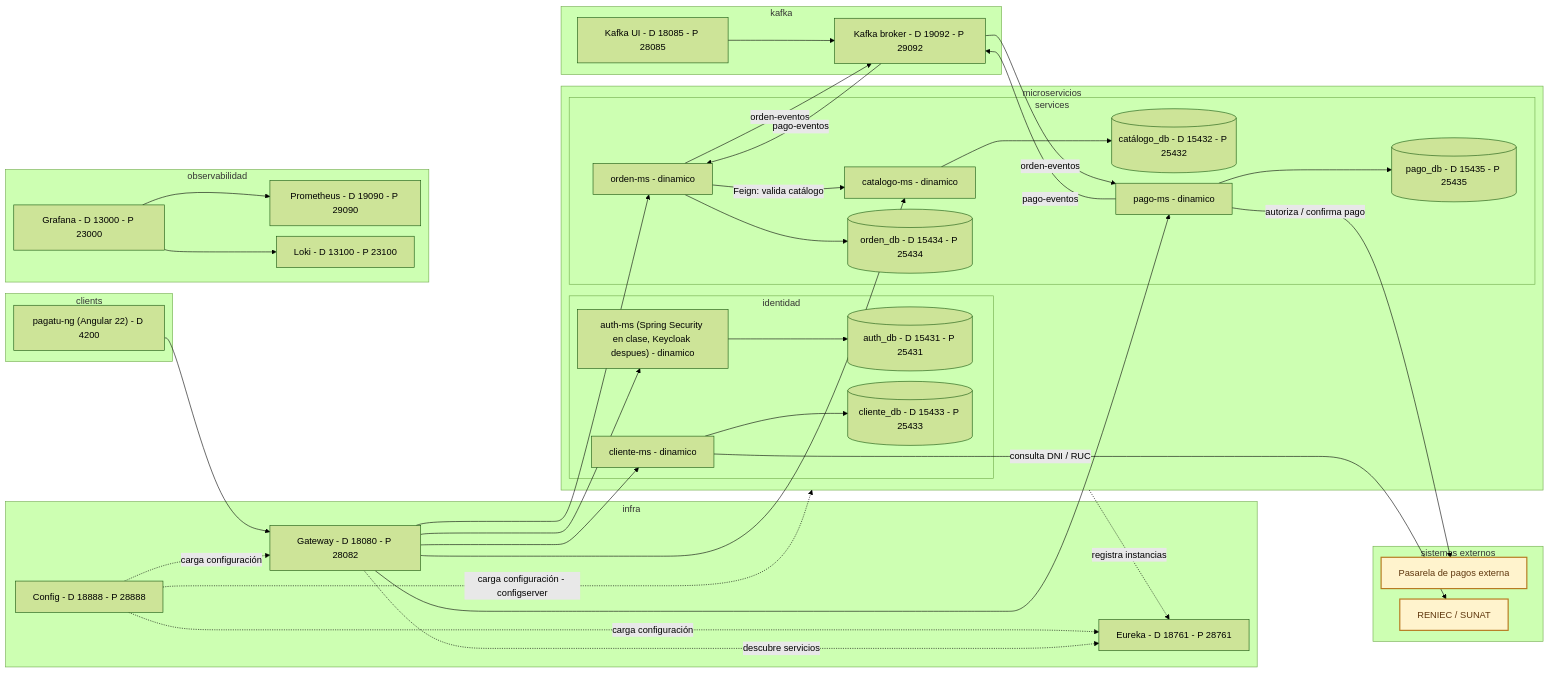
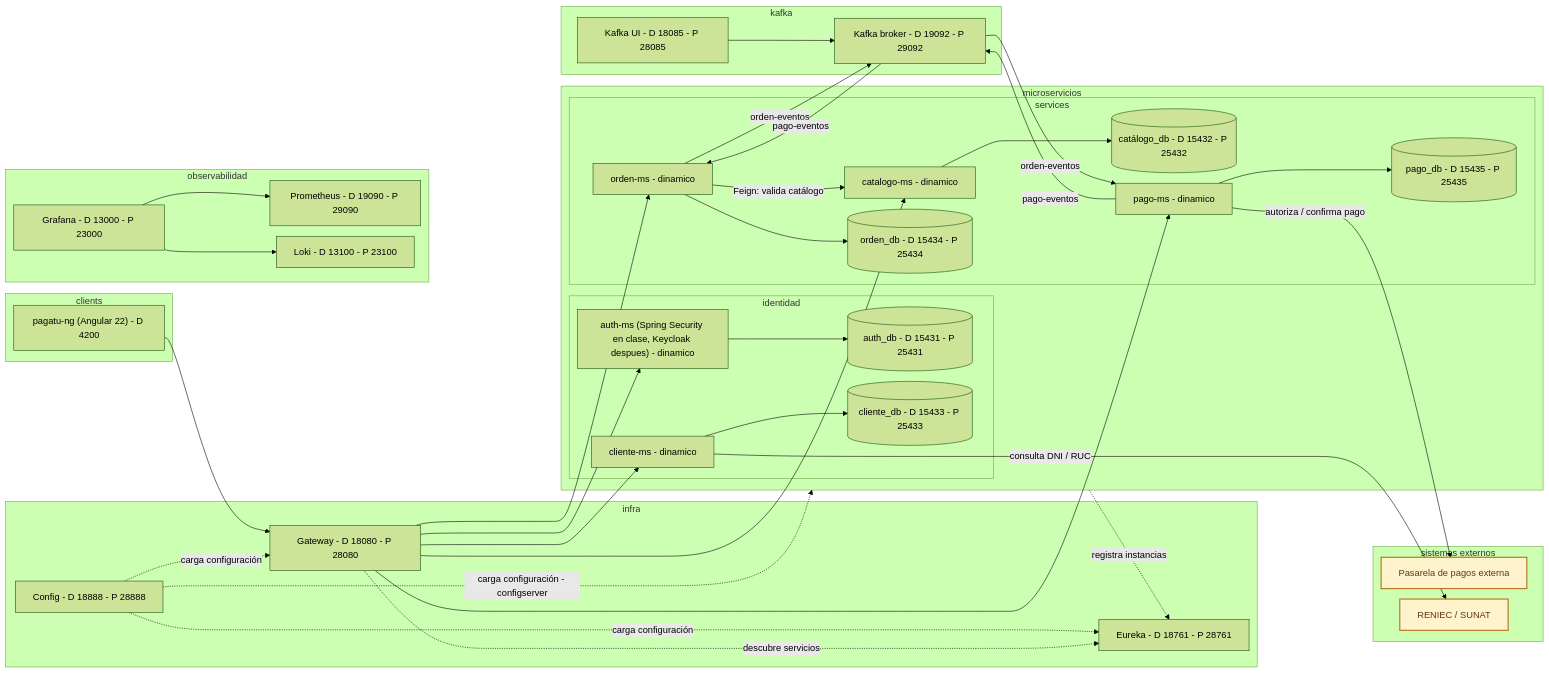
Before and after one commit to 262dist/pagatu: the second of 2 diagrams in docs/index.md, drawn with Mermaid (forest theme).

Commit message:
S07 seguridad

````diff
--- a/docs/index.md
+++ b/docs/index.md
@@ -89,83 +89,83 @@
 ```mermaid
 %%{init: {"flowchart": {"nodeSpacing": 18, "rankSpacing": 28, "curve": "basis"}} }%%
 flowchart LR
     subgraph Infra["infra"]
         Config["Config - D 18888 - P 28888"]
         Eureka["Eureka - D 18761 - P 28761"]
-        Gateway["Gateway - D 18080 - P 28082"]
+        Gateway["Gateway - D 18080 - P 28080"]
     end
 
     subgraph Runtime["microservicios"]
         subgraph Identity["identidad"]
             Auth["auth-ms (Spring Security en clase, Keycloak despues) - dinamico"]
             AuthDB[("auth_db - D 15431 - P 25431")]
             Auth --> AuthDB
             Cliente["cliente-ms - dinamico"]
             ClienteDB[("cliente_db - D 15433 - P 25433")]
             Cliente --> ClienteDB
         end
 
         subgraph Services["services"]
             Catalogo["catalogo-ms - dinamico"]
             CatalogoDB[("catálogo_db - D 15432 - P 25432")]
             Orden["orden-ms - dinamico"]
             OrdenDB[("orden_db - D 15434 - P 25434")]
             Pago["pago-ms - dinamico"]
             PagoDB[("pago_db - D 15435 - P 25435")]
 
             Catalogo --> CatalogoDB
             Orden --> OrdenDB
             Pago --> PagoDB
             Orden -->|"Feign: valida catálogo"| Catalogo
         end
     end
 
     subgraph Messaging["kafka"]
         Broker["Kafka broker - D 19092 - P 29092"]
         KafkaUI["Kafka UI - D 18085 - P 28085"]
         KafkaUI --> Broker
     end
 
     subgraph External["sistemas externos"]
         PaymentGateway["Pasarela de pagos externa"]
         ReniecSunat["RENIEC / SUNAT"]
     end
 
     Angular --> Gateway
     Gateway --> Auth
     Gateway --> Cliente
     Gateway --> Catalogo
     Gateway --> Orden
     Gateway --> Pago
     Cliente -->|"consulta DNI / RUC"| ReniecSunat
 
     Config -. "carga configuración" .-> Eureka
     Config -. "carga configuración" .-> Gateway
     Config -. "carga configuración - configserver" .-> Runtime
     Runtime -. "registra instancias" .-> Eureka
     Gateway -. "descubre servicios" .-> Eureka
 
     Orden -->|"orden-eventos"| Broker
     Broker -->|"orden-eventos"| Pago
     Pago -->|"pago-eventos"| Broker
     Broker -->|"pago-eventos"| Orden
     Pago -->|"autoriza / confirma pago"| PaymentGateway
 
     classDef external fill:#fff3cd,stroke:#b7791f,stroke-width:2px,color:#5f370e;
     class PaymentGateway,ReniecSunat external;
 
     subgraph Client["clients"]
         Angular["pagatu-ng (Angular 22) - D 4200"]
     end
 
     subgraph Obs["observabilidad"]
         Prometheus["Prometheus - D 19090 - P 29090"]
         Loki["Loki - D 13100 - P 23100"]
         Grafana["Grafana - D 13000 - P 23000"]
         Grafana --> Prometheus
         Grafana --> Loki
     end
 
     Angular ~~~ Prometheus
 
 ```
````
